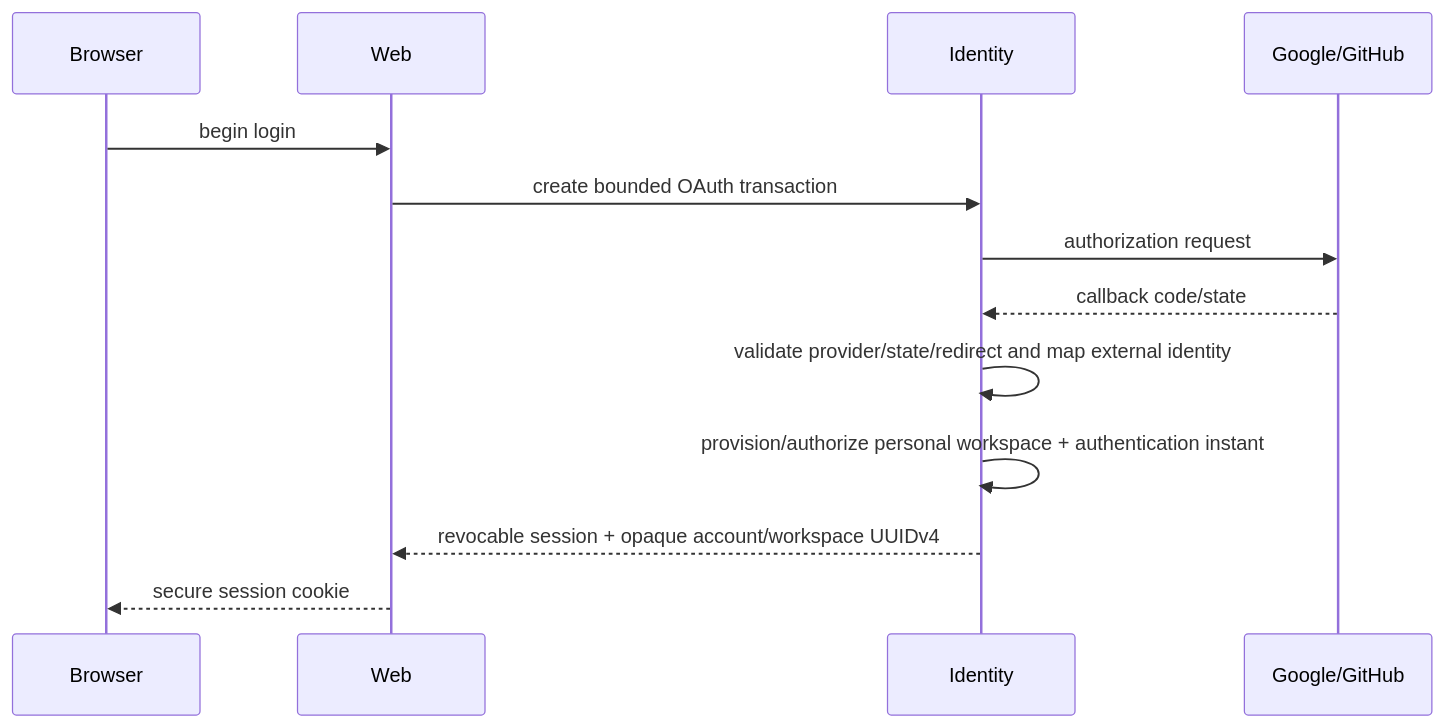
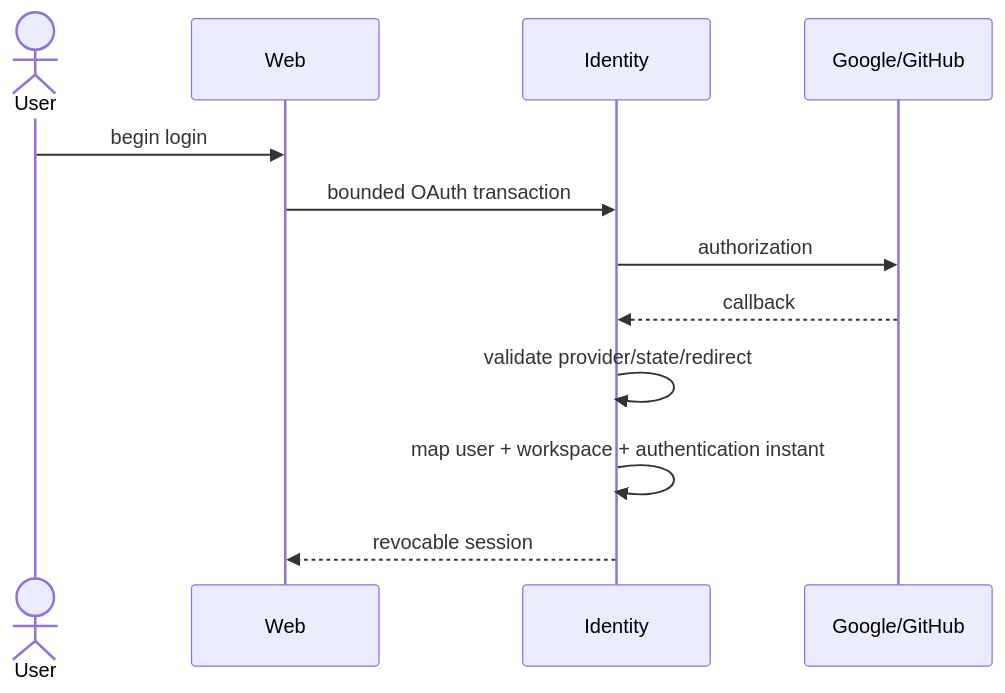
One commit to ContextualWisdomLab/life-os changed the second of 14 diagrams in docs/UML.md. Above: the diagram before and after it, drawn with Mermaid. The commit also changed other lines of this file, not shown here.

Commit message:
docs(uml): reconcile current integration and verification flows

````diff
--- a/docs/UML.md
+++ b/docs/UML.md
@@ -43,15 +35,14 @@
 ```mermaid
 sequenceDiagram
-    participant Browser
+    actor User
     participant Web
     participant Identity
     participant Provider as Google/GitHub
-    Browser->>Web: begin login
-    Web->>Identity: create bounded OAuth transaction
-    Identity->>Provider: authorization request
-    Provider-->>Identity: callback code/state
-    Identity->>Identity: validate provider/state/redirect and map external identity
-    Identity->>Identity: provision/authorize personal workspace + authentication instant
-    Identity-->>Web: revocable session + opaque account/workspace UUIDv4
-    Web-->>Browser: secure session cookie
+    User->>Web: begin login
+    Web->>Identity: bounded OAuth transaction
+    Identity->>Provider: authorization
+    Provider-->>Identity: callback
+    Identity->>Identity: validate provider/state/redirect
+    Identity->>Identity: map user + workspace + authentication instant
+    Identity-->>Web: revocable session
 ```
````
